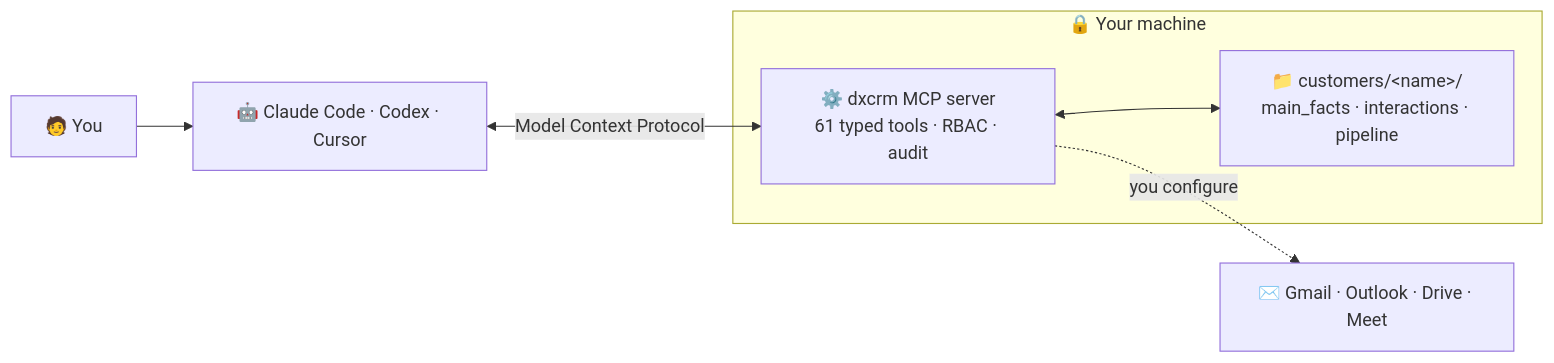
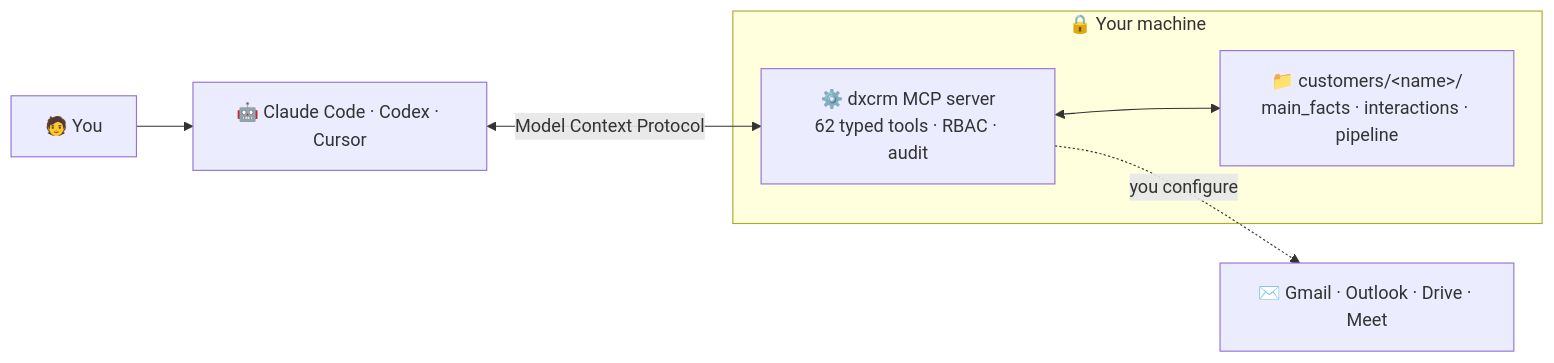
The diagram in README.md (datasynx-ai/datasynx-crm), drawn with Mermaid before and after one commit. The commit also changed other lines of this file and 16 other files, not shown here.

````diff
--- a/README.md
+++ b/README.md
@@ -61,13 +61,13 @@
 ```mermaid
 flowchart LR
     You["🧑 You"] --> Agent
     Agent["🤖 Claude Code · Codex · Cursor"] <-->|Model Context Protocol| MCP
 
     subgraph local["🔒 Your machine"]
-        MCP["⚙️ dxcrm MCP server<br/>61 typed tools · RBAC · audit"]
+        MCP["⚙️ dxcrm MCP server<br/>62 typed tools · RBAC · audit"]
         Files["📁 customers/&lt;name&gt;/<br/>main_facts · interactions · pipeline"]
         MCP <--> Files
     end
 
     MCP -. you configure .-> Ext["✉️ Gmail · Outlook · Drive · Meet"]
 ```
````
